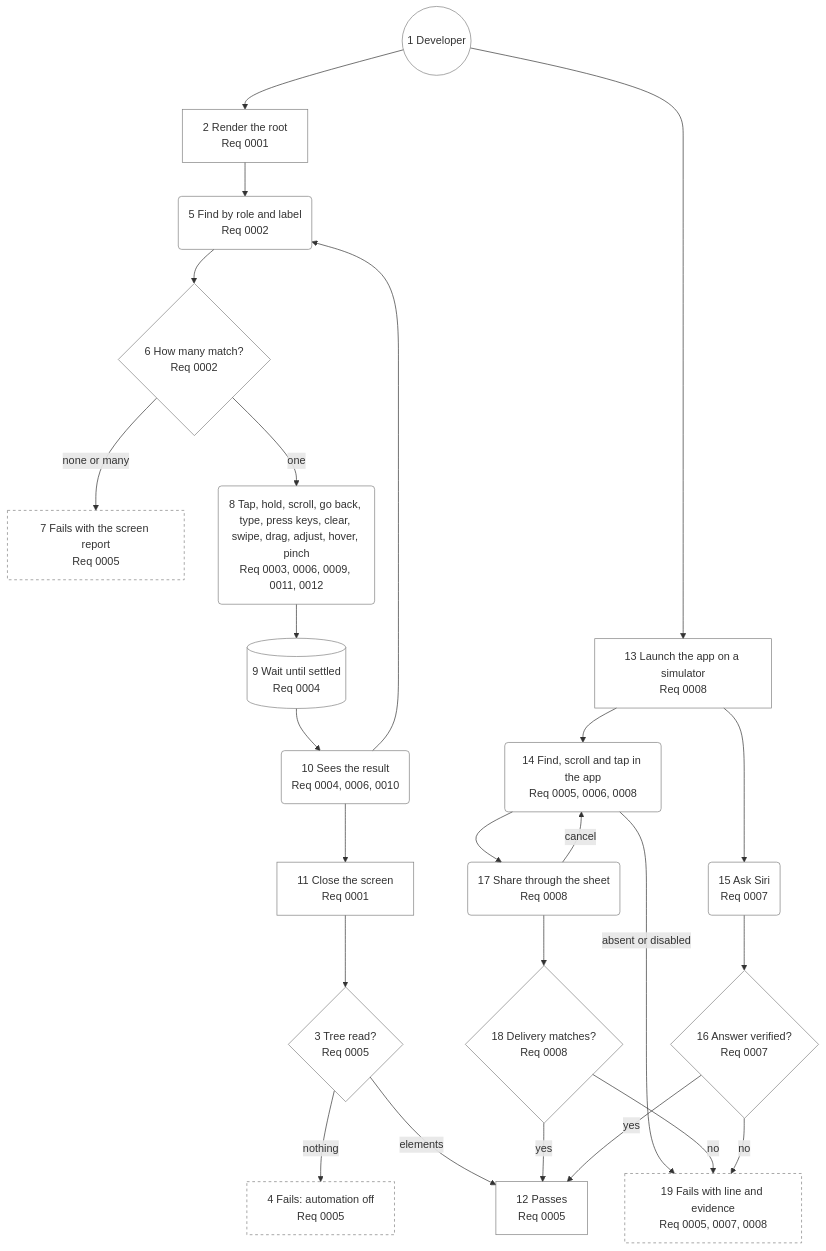
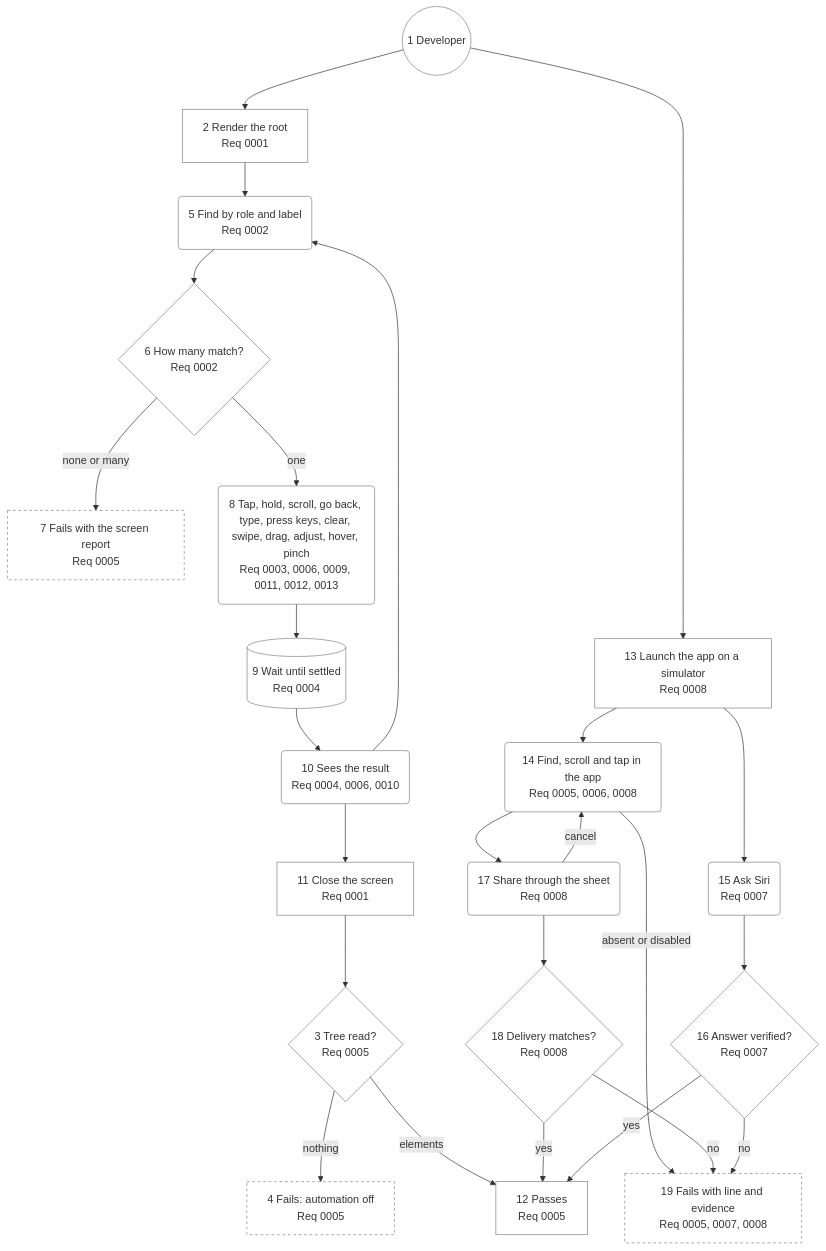
Before and after one commit to may-journal/apple-ui-testing-library: the diagram in docs/architecture/05-user-journey.md, drawn with Mermaid. The commit also changed 16 other files, not shown here.

First line of the commit message:
feat(gestures): pinch to a chosen scale, or hold a pinch partway

````diff
--- a/docs/architecture/05-user-journey.md
+++ b/docs/architecture/05-user-journey.md
@@ -13,54 +13,54 @@
 ```mermaid
 flowchart TB
     dev((1 Developer)):::persona
     render[2 Render the root<br/>Req 0001]:::step
     canary{3 Tree read?<br/>Req 0005}:::check
     empty[4 Fails: automation off<br/>Req 0005]:::blocked
     find(5 Find by role and label<br/>Req 0002):::action
     match{6 How many match?<br/>Req 0002}:::check
     missing[7 Fails with the screen report<br/>Req 0005]:::blocked
-    act(8 Tap, hold, scroll, go back, type, press keys, clear, swipe, drag, adjust, hover, pinch<br/>Req 0003, 0006, 0009, 0011, 0012):::action
+    act(8 Tap, hold, scroll, go back, type, press keys, clear, swipe, drag, adjust, hover, pinch<br/>Req 0003, 0006, 0009, 0011, 0012, 0013):::action
     settle[(9 Wait until settled<br/>Req 0004)]:::system
     sees(10 Sees the result<br/>Req 0004, 0006, 0010):::action
     close[11 Close the screen<br/>Req 0001]:::step
     passes[12 Passes<br/>Req 0005]:::step
     launch[13 Launch the app on a simulator<br/>Req 0008]:::step
     tap(14 Find, scroll and tap in the app<br/>Req 0005, 0006, 0008):::action
     siri(15 Ask Siri<br/>Req 0007):::action
     answer{16 Answer verified?<br/>Req 0007}:::check
     share(17 Share through the sheet<br/>Req 0008):::action
     delivery{18 Delivery matches?<br/>Req 0008}:::check
     sysFails[19 Fails with line and evidence<br/>Req 0005, 0007, 0008]:::blocked
 
     dev --> render
     render --> find
     find --> match
     match -->|one| act
     match -->|none or many| missing
     act --> settle
     settle --> sees
     sees --> find
     sees --> close
     close --> canary
     canary -->|nothing| empty
     canary -->|elements| passes
     dev --> launch
     launch --> tap
     launch --> siri
     tap -->|absent or disabled| sysFails
     tap --> share
     share -->|cancel| tap
     share --> delivery
     delivery -->|yes| passes
     delivery -->|no| sysFails
     siri --> answer
     answer -->|yes| passes
     answer -->|no| sysFails
 
     classDef persona fill:none,stroke:gray
     classDef step fill:none,stroke:gray
     classDef action fill:none,stroke:gray
     classDef check fill:none,stroke:gray
     classDef system fill:none,stroke:gray
     classDef blocked fill:none,stroke:gray,stroke-dasharray:4
 ```
````
